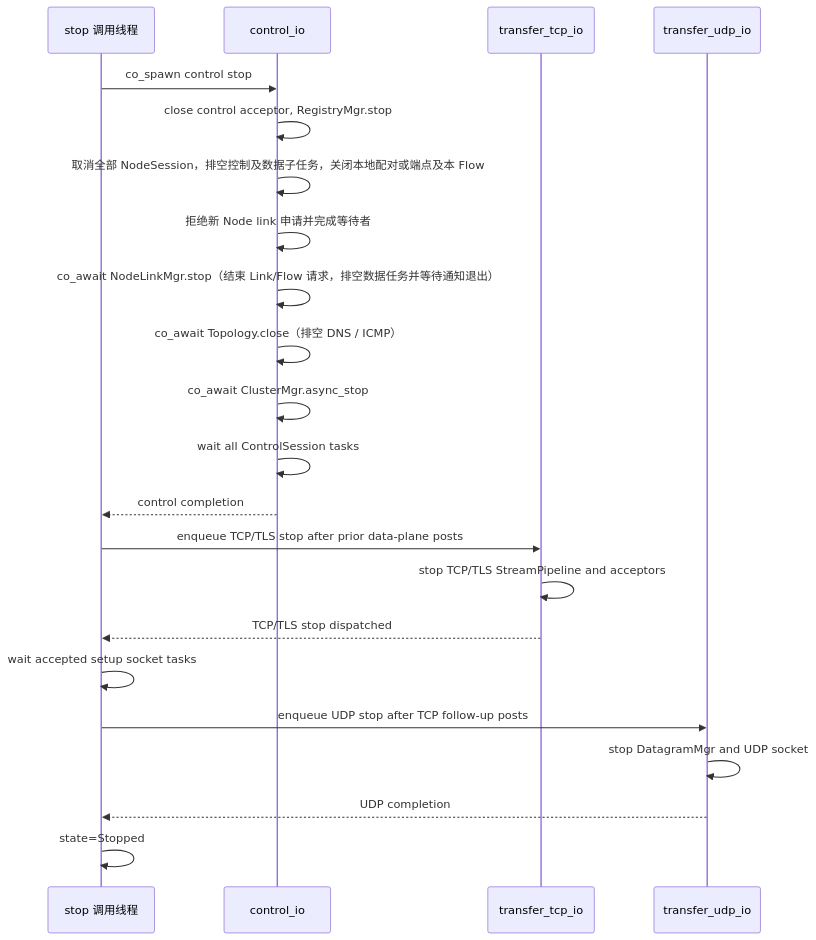
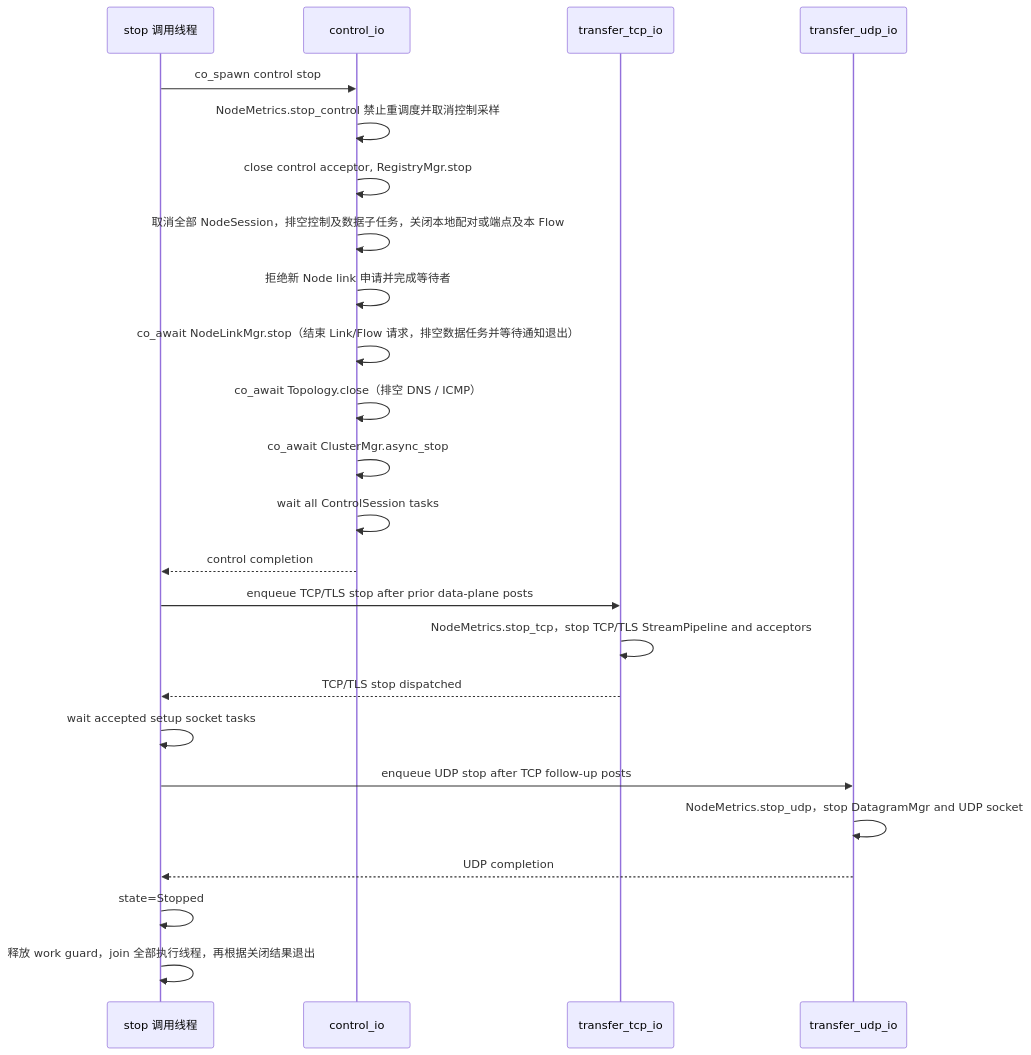
Diagram 14 of 15 in docs/RelayWeave设计.md (Xtinc/relayweave), drawn with Mermaid before and after one commit. The commit also changed other lines of this file and 34 other files, not shown here.

First line of the commit message:
Enhance Node Metrics and Shutdown Handling

````diff
--- a/docs/RelayWeave设计.md
+++ b/docs/RelayWeave设计.md
@@ -2841,25 +2861,27 @@
 ```mermaid
 sequenceDiagram
     participant X as stop 调用线程
     participant C as control_io
     participant T as transfer_tcp_io
     participant U as transfer_udp_io
 
     X->>C: co_spawn control stop
+    C->>C: NodeMetrics.stop_control 禁止重调度并取消控制采样
     C->>C: close control acceptor, RegistryMgr.stop
     C->>C: 取消全部 NodeSession，排空控制及数据子任务，关闭本地配对或端点及本 Flow
     C->>C: 拒绝新 Node link 申请并完成等待者
     C->>C: co_await NodeLinkMgr.stop（结束 Link/Flow 请求，排空数据任务并等待通知退出）
     C->>C: co_await Topology.close（排空 DNS / ICMP）
     C->>C: co_await ClusterMgr.async_stop
     C->>C: wait all ControlSession tasks
     C-->>X: control completion
     X->>T: enqueue TCP/TLS stop after prior data-plane posts
-    T->>T: stop TCP/TLS StreamPipeline and acceptors
+    T->>T: NodeMetrics.stop_tcp，stop TCP/TLS StreamPipeline and acceptors
     T-->>X: TCP/TLS stop dispatched
     X->>X: wait accepted setup socket tasks
     X->>U: enqueue UDP stop after TCP follow-up posts
-    U->>U: stop DatagramMgr and UDP socket
+    U->>U: NodeMetrics.stop_udp，stop DatagramMgr and UDP socket
     U-->>X: UDP completion
     X->>X: state=Stopped
+    X->>X: 释放 work guard，join 全部执行线程，再根据关闭结果退出
 ```
````
